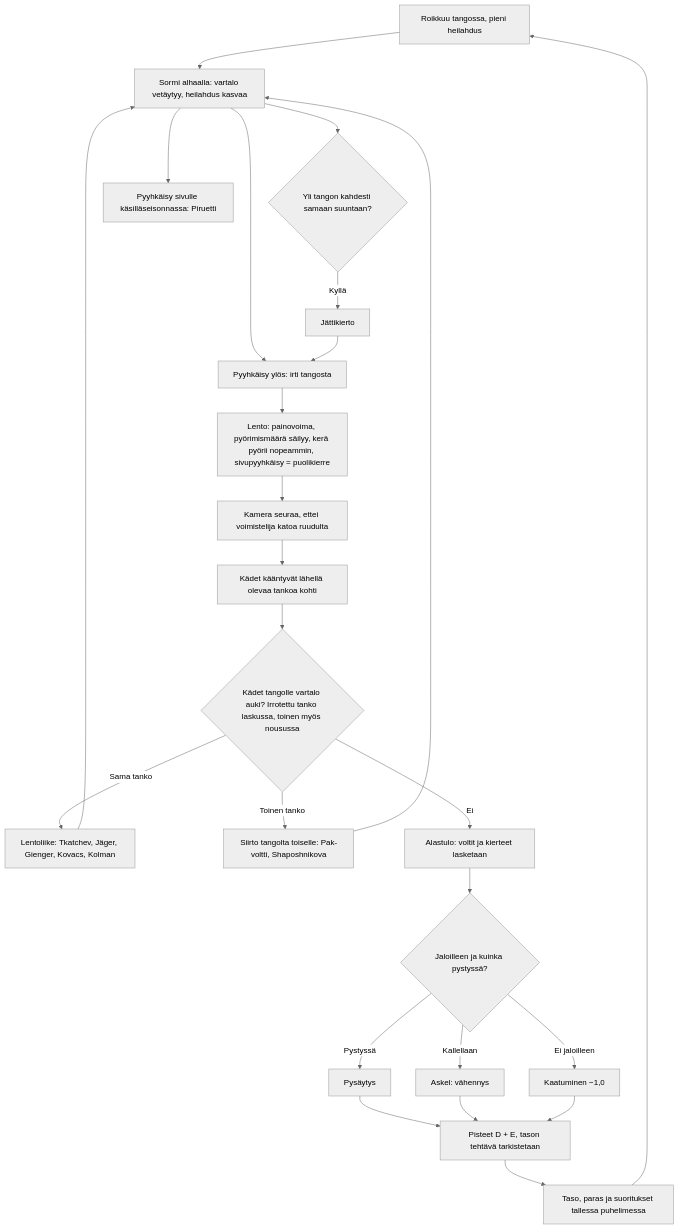
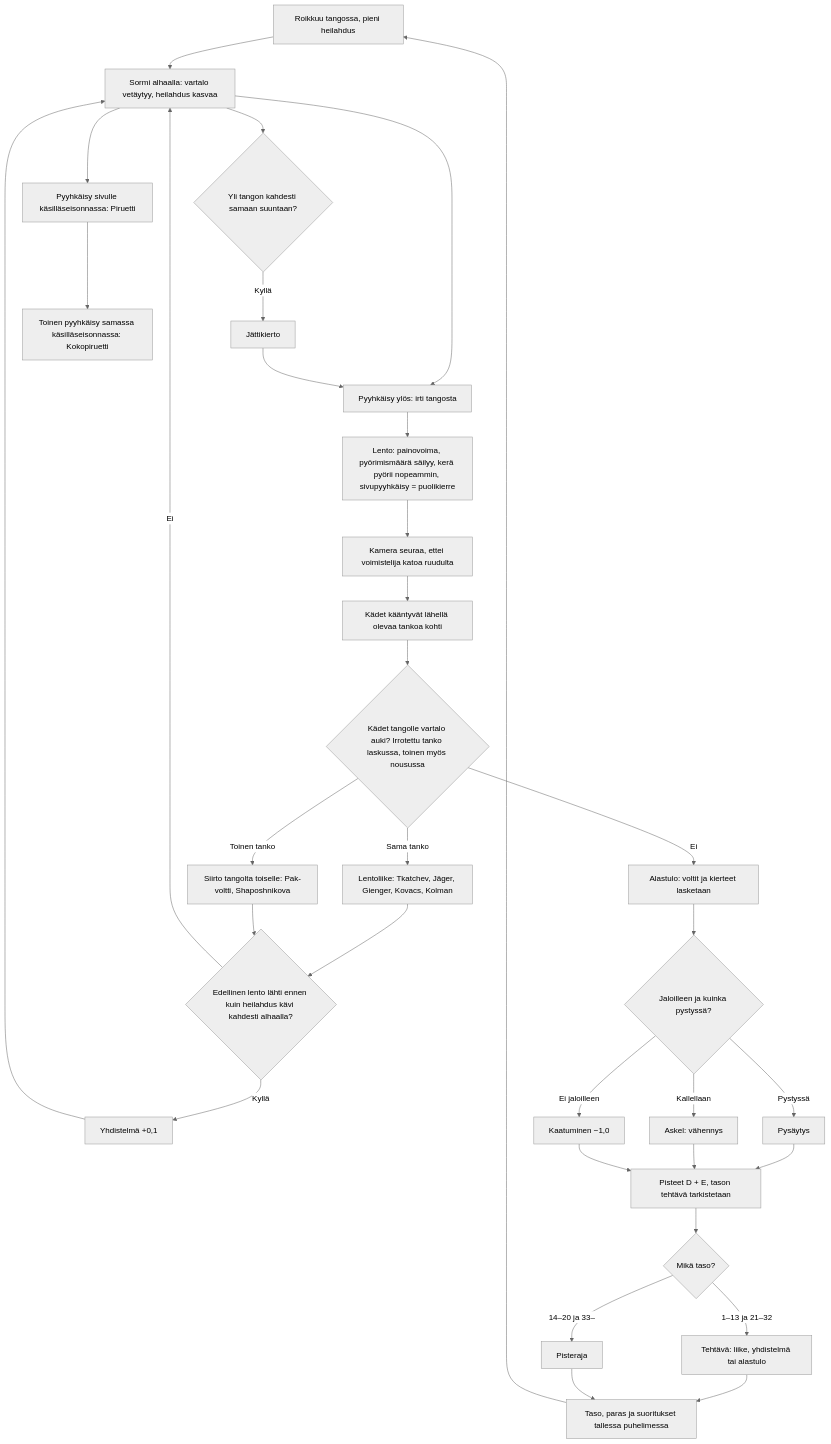
Before and after one commit to eerovil/ai-pelit: the diagram in docs/diagrams/voimistelu.md, drawn with Mermaid (neutral theme). The commit also changed other lines of this file and 4 other files, not shown here.

````diff
--- a/docs/diagrams/voimistelu.md
+++ b/docs/diagrams/voimistelu.md
@@ -10,32 +10,40 @@
 ```mermaid
 flowchart TD
   A[Roikkuu tangossa, pieni heilahdus] --> B[Sormi alhaalla: vartalo vetäytyy, heilahdus kasvaa]
   B --> C{Yli tangon kahdesti samaan suuntaan?}
   C -- Kyllä --> D[Jättikierto]
   B --> P[Pyyhkäisy sivulle käsilläseisonnassa: Piruetti]
+  P --> P2[Toinen pyyhkäisy samassa käsilläseisonnassa: Kokopiruetti]
   B --> E[Pyyhkäisy ylös: irti tangosta]
   D --> E
   E --> F[Lento: painovoima, pyörimismäärä säilyy, kerä pyörii nopeammin, sivupyyhkäisy = puolikierre]
   F --> R[Kamera seuraa, ettei voimistelija katoa ruudulta]
   R --> T[Kädet kääntyvät lähellä olevaa tankoa kohti]
   T --> G{Kädet tangolle vartalo auki? Irrotettu tanko laskussa, toinen myös nousussa}
   G -- Sama tanko --> H[Lentoliike: Tkatchev, Jäger, Gienger, Kovacs, Kolman]
   G -- Toinen tanko --> Q[Siirto tangolta toiselle: Pak-voltti, Shaposhnikova]
-  H --> B
-  Q --> B
+  H --> Y{Edellinen lento lähti ennen kuin heilahdus kävi kahdesti alhaalla?}
+  Q --> Y
+  Y -- Kyllä --> Z[Yhdistelmä +0,1]
+  Z --> B
+  Y -- Ei --> B
   G -- Ei --> I[Alastulo: voltit ja kierteet lasketaan]
   I --> J{Jaloilleen ja kuinka pystyssä?}
   J -- Pystyssä --> K[Pysäytys]
   J -- Kallellaan --> L[Askel: vähennys]
   J -- Ei jaloilleen --> M[Kaatuminen −1,0]
   K --> N[Pisteet D + E, tason tehtävä tarkistetaan]
   L --> N
   M --> N
-  N --> O[Taso, paras ja suoritukset tallessa puhelimessa]
+  N --> V{Mikä taso?}
+  V -- 1–13 ja 21–32 --> W[Tehtävä: liike, yhdistelmä tai alastulo]
+  V -- 14–20 ja 33– --> X[Pisteraja]
+  W --> O[Taso, paras ja suoritukset tallessa puhelimessa]
+  X --> O
   O --> A
   class A,B,E,P blue
-  class C,G,J amber
+  class C,G,J,Y,V amber
   class F,R,T teal
-  class D,H,I,K,N,O,Q green
+  class D,H,I,K,N,O,Q,P2,Z,W,X green
   class L,M rose
 ```
````
